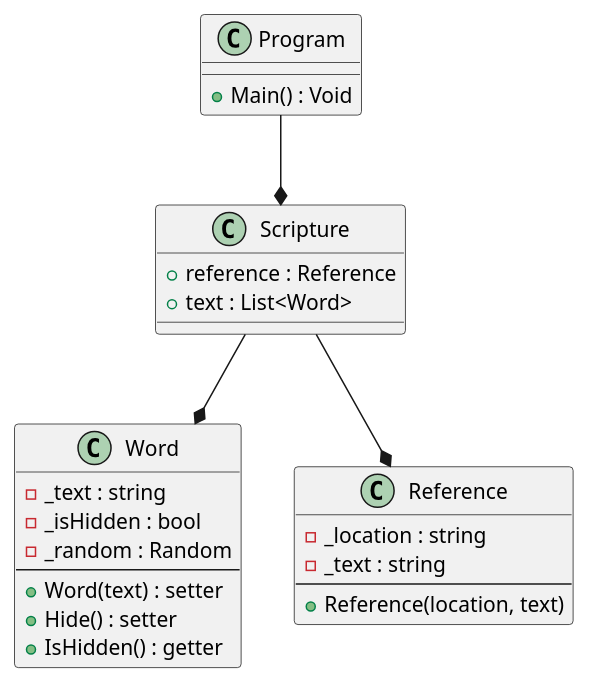
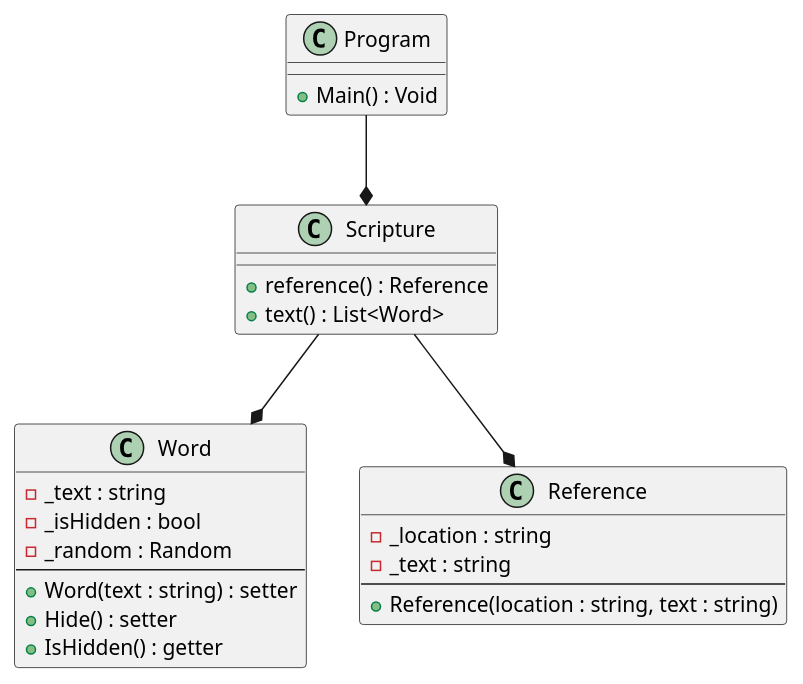
The diagram in prove/Develop03/ScriptureMemorizer.puml (automotopia2/cse21---projects), drawn with PlantUML before and after one commit. The commit also changed 1 other file, not shown here.

Commit message:
Finished Word class.

```diff
--- a/prove/Develop03/ScriptureMemorizer.puml
+++ b/prove/Develop03/ScriptureMemorizer.puml
@@ -1,38 +1,38 @@
 @startuml
 
 class Word 
 {
 - _text : string
 - _isHidden : bool
 - _random : Random
 --
-+ Word(text) : setter
++ Word(text : string) : setter
 + Hide() : setter
 + IsHidden() : getter
 }
 
 class Reference
 {
 - _location : string
 - _text : string
 --
-+ Reference(location, text)
++ Reference(location : string, text : string)
 }
 
 class Scripture
 {
-+ reference : Reference
-+ text : List<Word>
++ reference() : Reference
++ text() : List<Word>
 }
 
 class Program 
 {
 + Main() : Void
 }
 
 Program --* Scripture
 
 Scripture --* Reference
 Scripture --* Word
 
 @enduml
```
